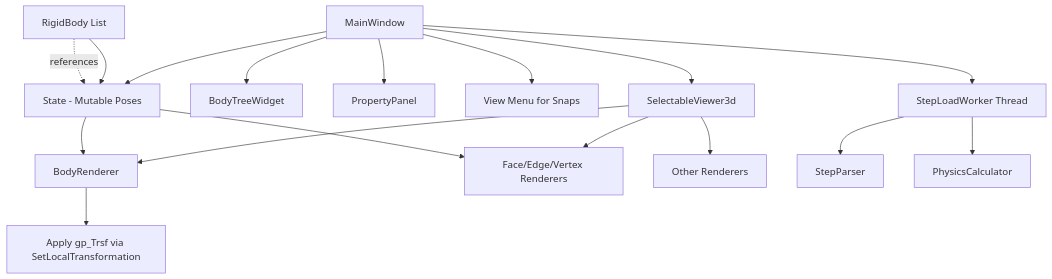
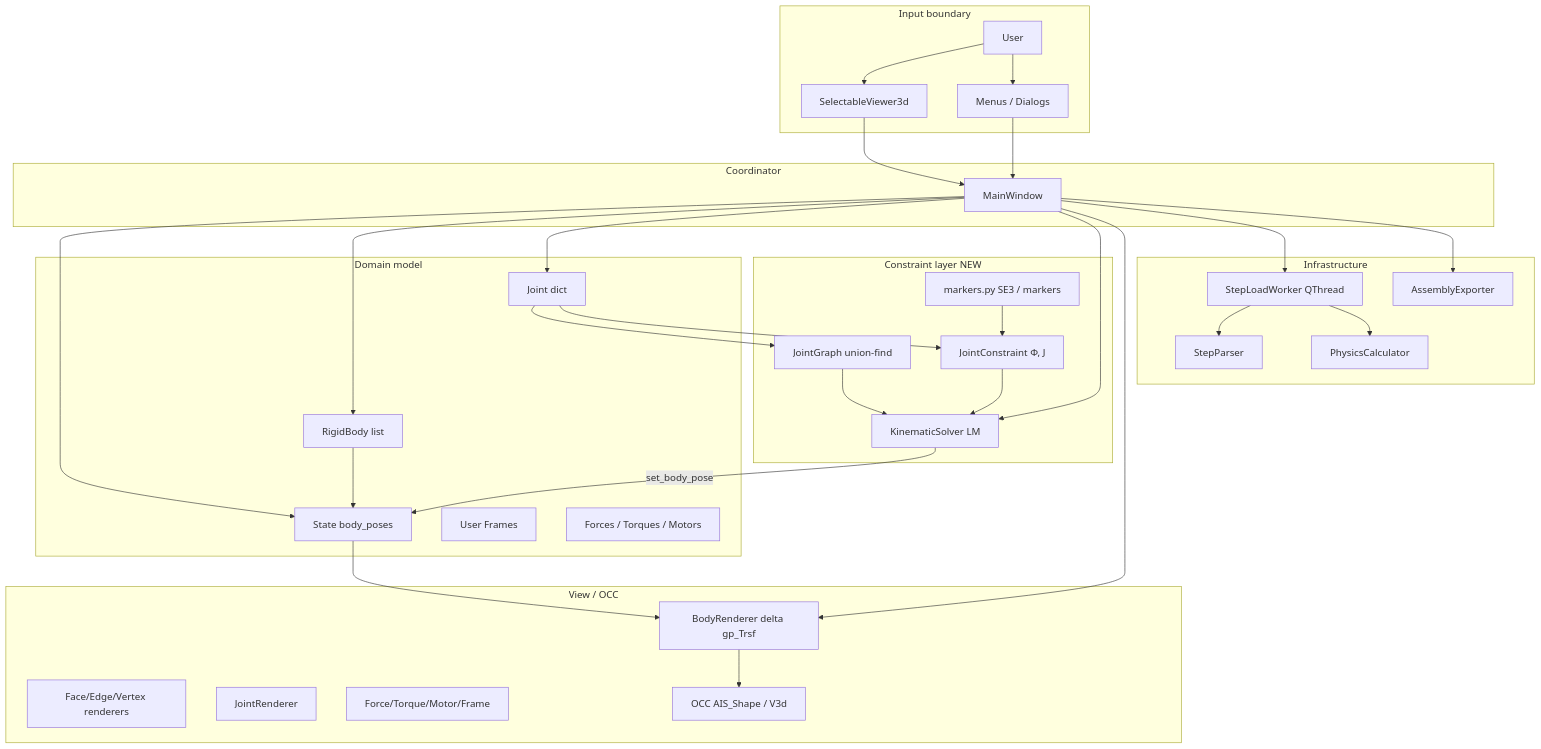
Before and after one commit to utk11/MBD-PreProcessor: the first of 12 diagrams in Documentation/documentation.md, drawn with Mermaid. The commit also changed other lines of this file and 28 other files, not shown here.

Commit message:
kinematic solver

````diff
--- a/Documentation/documentation.md
+++ b/Documentation/documentation.md
@@ -27,24 +53,65 @@
 ```mermaid
-graph TD
-    Main[MainWindow] --> Viewer[SelectableViewer3d]
-    Main --> Tree[BodyTreeWidget]
-    Main --> Panel[PropertyPanel]
-    Main --> ViewMenu[View Menu for Snaps]
+graph TB
+    subgraph InputBoundary["Input boundary"]
+        User[User]
+        Viewer[SelectableViewer3d]
+        Menus[Menus / Dialogs]
+    end
 
-    Viewer --> BodyR[BodyRenderer]
-    Viewer --> SubR[Face/Edge/Vertex Renderers]
-    Viewer --> OtherR[Other Renderers]
+    subgraph Coordination["Coordinator"]
+        Main[MainWindow]
+    end
 
-    Main --> State[State - Mutable Poses]
+    subgraph Domain["Domain model"]
+        Bodies[RigidBody list]
+        Joints[Joint dict]
+        State[State body_poses]
+        Frames[User Frames]
+        Loads[Forces / Torques / Motors]
+    end
+
+    subgraph ConstraintLayer["Constraint layer NEW"]
+        Markers[markers.py SE3 / markers]
+        Graph[JointGraph union-find]
+        Constraints[JointConstraint Φ, J]
+        Solver[KinematicSolver LM]
+    end
+
+    subgraph View["View / OCC"]
+        BodyR[BodyRenderer delta gp_Trsf]
+        SubR[Face/Edge/Vertex renderers]
+        JointR[JointRenderer]
+        OtherR[Force/Torque/Motor/Frame]
+        AIS[OCC AIS_Shape / V3d]
+    end
+
+    subgraph Infra["Infrastructure"]
+        Worker[StepLoadWorker QThread]
+        Parser[StepParser]
+        Physics[PhysicsCalculator]
+        Export[AssemblyExporter]
+    end
+
+    User --> Viewer
+    User --> Menus
+    Viewer --> Main
+    Menus --> Main
+    Main --> State
+    Main --> Bodies
+    Main --> Joints
+    Main --> Solver
+    Bodies --> State
+    Joints --> Graph
+    Joints --> Constraints
+    Graph --> Solver
+    Constraints --> Solver
+    Markers --> Constraints
+    Solver -->|set_body_pose| State
     State --> BodyR
-    State --> SubR
-
-    Bodies[RigidBody List] --> State
-    Bodies -. references .-> State
-
-    Main --> Worker[StepLoadWorker Thread]
-    Worker --> Parser[StepParser]
-    Worker --> Physics[PhysicsCalculator]
-
-    BodyR --> Transform[Apply gp_Trsf via SetLocalTransformation]
+    BodyR --> AIS
+    Main --> BodyR
+    Main --> Worker
+    Worker --> Parser
+    Worker --> Physics
+    Main --> Export
 ```
````
